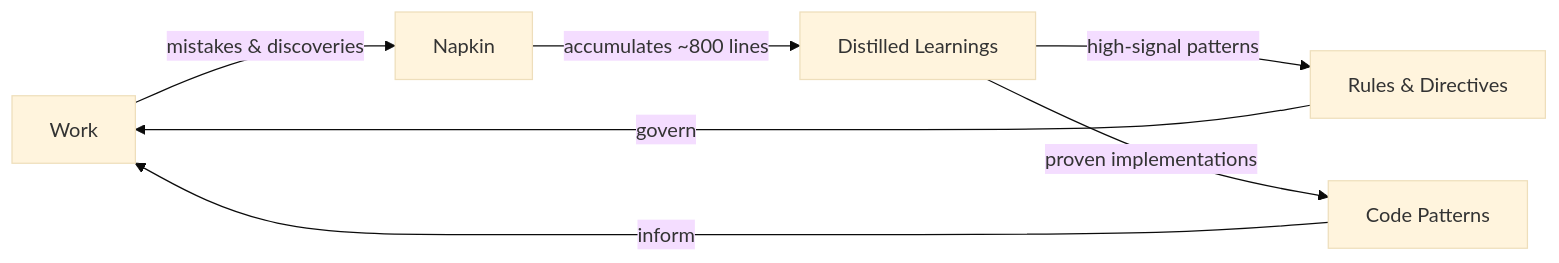
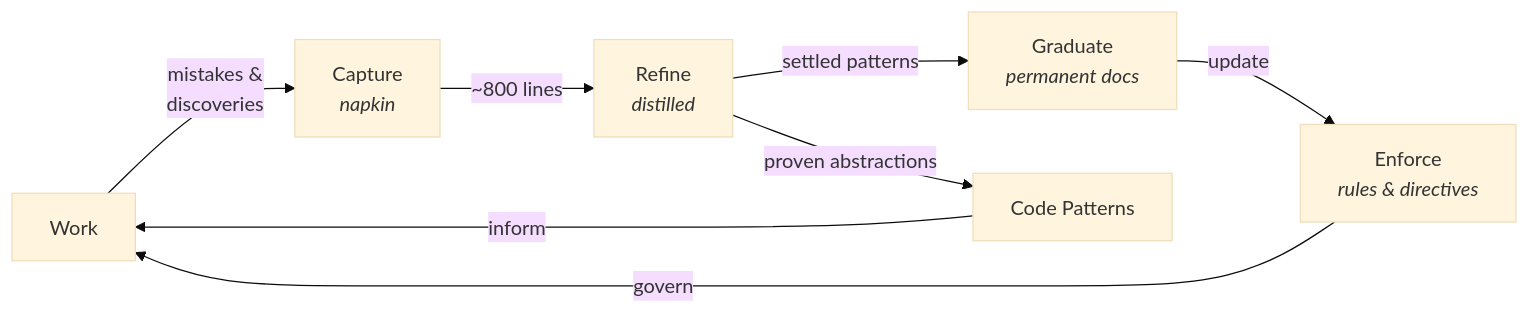
Before and after one commit to oaknational/oak-open-curriculum-ecosystem: the second of 3 diagrams in .agent/practice-core/practice.md, drawn with Mermaid (base theme). The commit also changed other lines of this file and 33 other files, not shown here.

````diff
--- a/.agent/practice-core/practice.md
+++ b/.agent/practice-core/practice.md
@@ -74,9 +76,10 @@
 ```mermaid
 graph LR
-    W[Work] -->|mistakes & discoveries| N[Napkin]
-    N -->|accumulates ~800 lines| D[Distilled Learnings]
-    D -->|high-signal patterns| R[Rules & Directives]
-    D -->|proven implementations| P[Code Patterns]
-    R -->|govern| W
-    P -->|inform| W
+    W[Work] -->|"mistakes &<br/>discoveries"| C["Capture<br/><i>napkin</i>"]
+    C -->|"~800 lines"| R["Refine<br/><i>distilled</i>"]
+    R -->|"settled patterns"| G["Graduate<br/><i>permanent docs</i>"]
+    R -->|"proven abstractions"| P[Code Patterns]
+    G -->|"update"| E["Enforce<br/><i>rules & directives</i>"]
+    E -->|"govern"| W
+    P -->|"inform"| W
 ```
````
